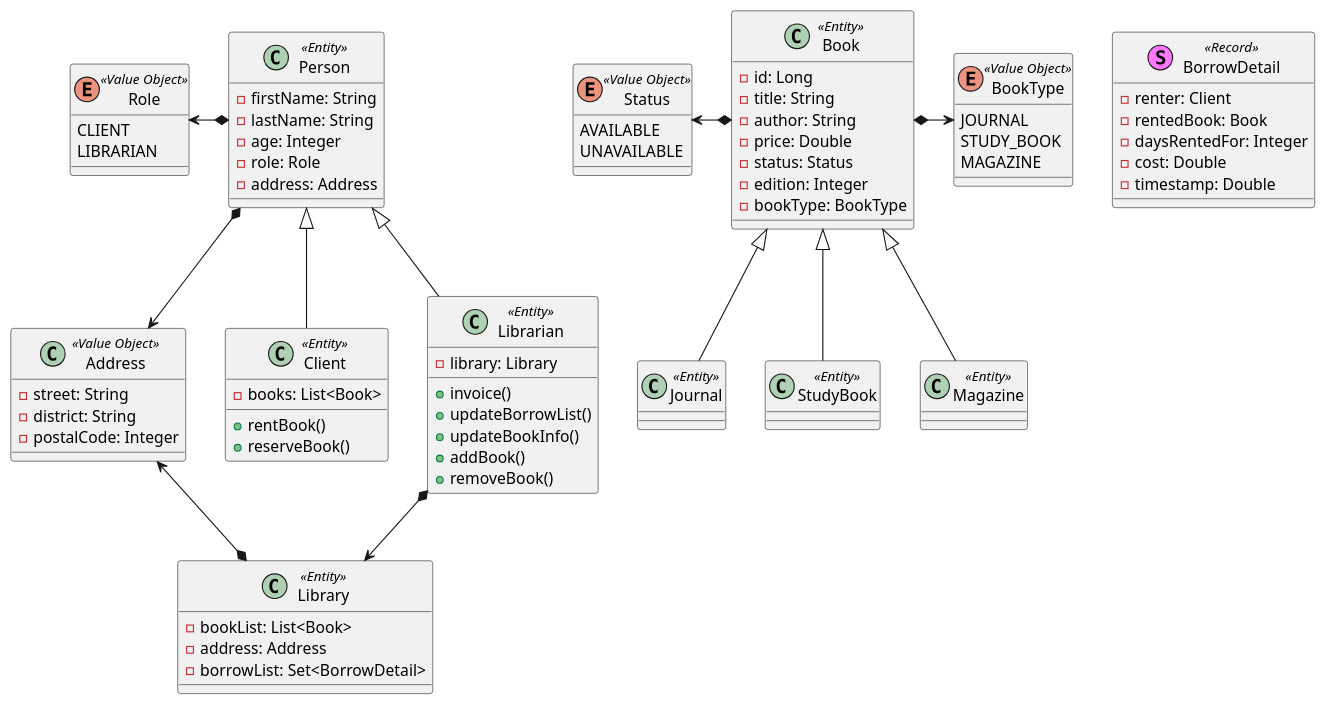
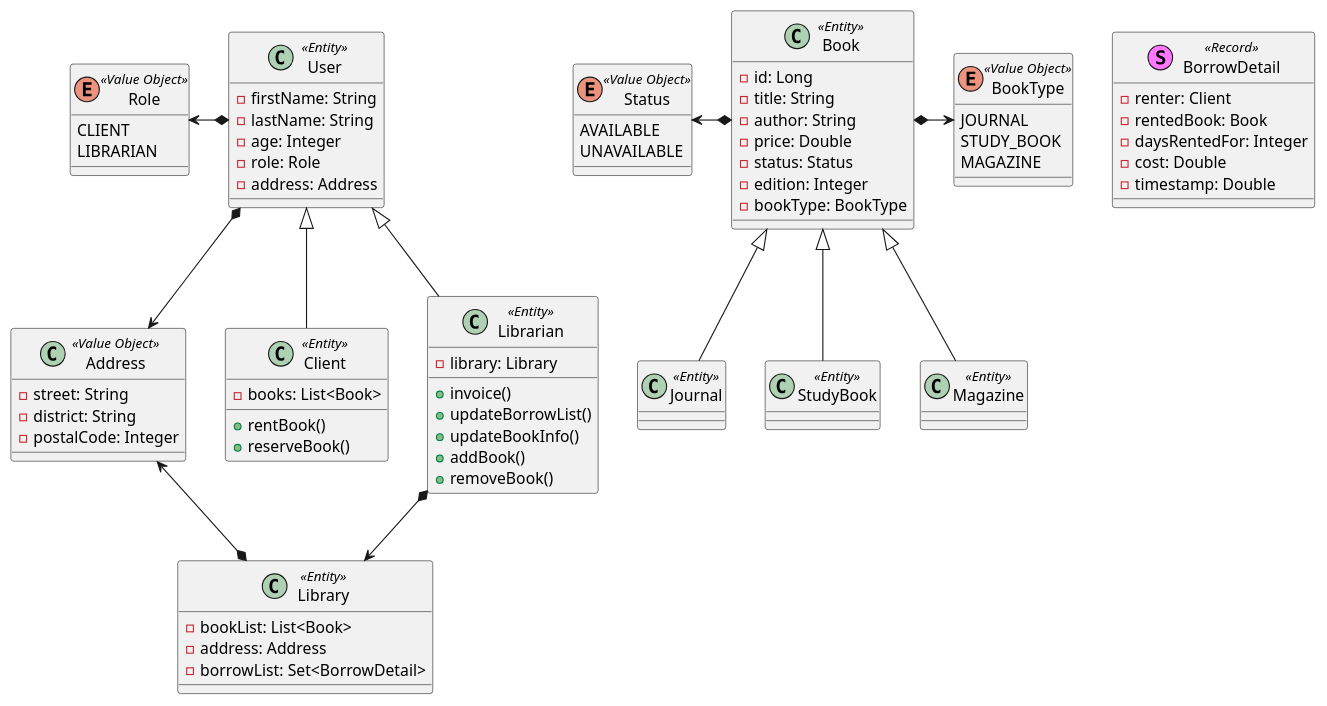
Before and after one commit to replakcan/Java-s15-Challenge: the diagram in out/production/s16-Challenge/cass-diagram.puml, drawn with PlantUML. The commit also changed 35 other files, not shown here.

```diff
--- a/out/production/s16-Challenge/cass-diagram.puml
+++ b/out/production/s16-Challenge/cass-diagram.puml
@@ -1,98 +1,98 @@
 @startuml
 'https://plantuml.com/class-diagram
 
 class Book <<Entity>> {
 -id: Long
 -title: String
 -author: String
 -price: Double
 -status: Status
 -edition: Integer
 -bookType: BookType
 }
 
-class Person <<Entity>> {
+class User <<Entity>> {
 -firstName: String
 -lastName: String
 -age: Integer
 -role: Role
 -address: Address
 }
 
 class Client <<Entity>> {
 -books: List<Book>
 
 +rentBook()
 +reserveBook()
 }
 
 class Librarian <<Entity>> {
 -library: Library
 
 +invoice()
 +updateBorrowList()
 +updateBookInfo()
 +addBook()
 +removeBook()
 }
 
 class Library <<Entity>> {
 -bookList: List<Book>
 -address: Address
 -borrowList: Set<BorrowDetail>
 }
 
 class Address <<Value Object>> {
 -street: String
 -district: String
 -postalCode: Integer
 }
 
 class Journal <<Entity>> {
 }
 
 class StudyBook <<Entity>> {
 }
 
 class Magazine <<Entity>> {
 }
 
 enum Status <<Value Object>> {
 AVAILABLE
 UNAVAILABLE
 }
 
 enum Role <<Value Object>> {
 CLIENT
 LIBRARIAN
 }
 
 enum BookType <<Value Object>> {
 JOURNAL
 STUDY_BOOK
 MAGAZINE
 }
 
 stereotype BorrowDetail <<Record>> {
 -renter: Client
 -rentedBook: Book
 -daysRentedFor: Integer
 -cost: Double
 -timestamp: Double
 }
 
 Book *--left> Status
-Person *--left> Role
-Person *--> Address
+User *--left> Role
+User *--> Address
 Librarian *--> Library
 Library *--up> Address
 Book *--right> BookType
 
 Journal --up|> Book
 StudyBook --up|> Book
 Magazine --up|> Book
 
-Client --up|> Person
-Librarian --up|> Person
+Client --up|> User
+Librarian --up|> User
 
 @enduml
```
